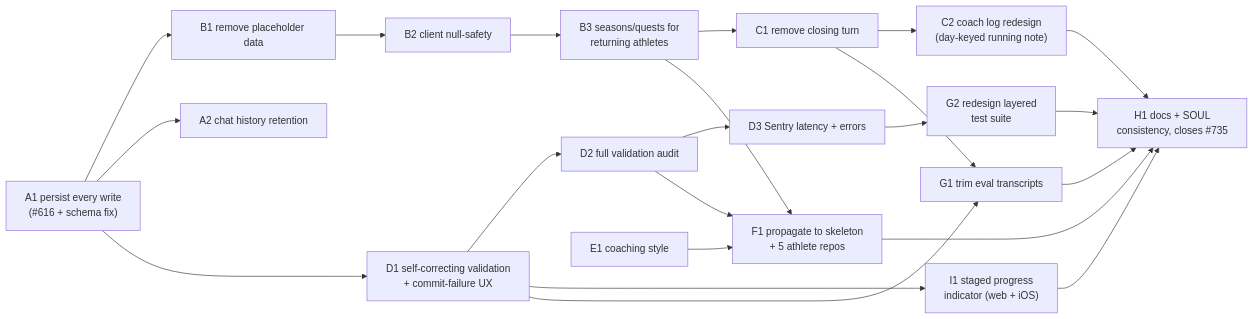
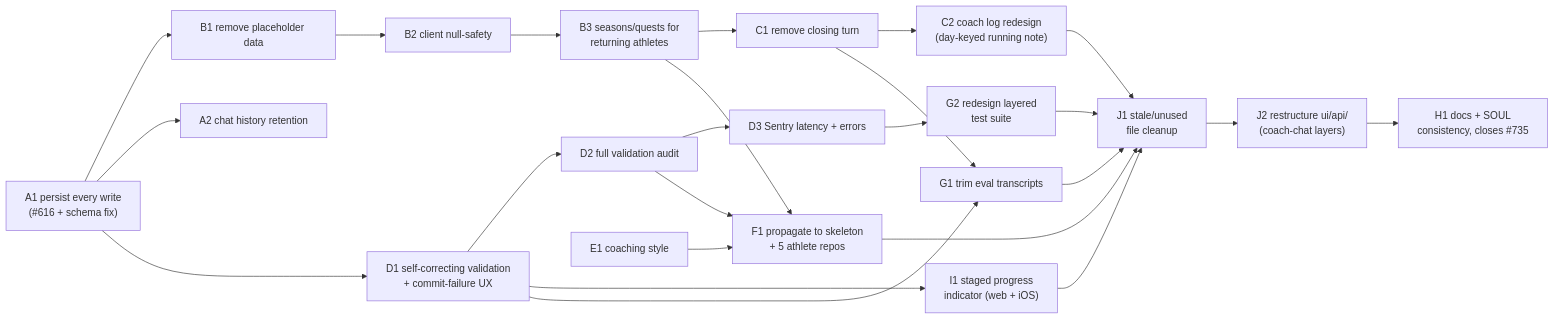
Before and after one commit to sibling-shipyard/coach-hq: the diagram in docs/plans/chat-commit-redesign.md, drawn with Mermaid. The commit also changed other lines of this file and 3 other files, not shown here.

````diff
--- a/docs/plans/chat-commit-redesign.md
+++ b/docs/plans/chat-commit-redesign.md
@@ -36,24 +36,26 @@
 ```mermaid
 flowchart LR
   A1["A1 persist every write\n(#616 + schema fix)"] --> B1["B1 remove placeholder data"]
   A1 --> A2["A2 chat history retention"]
   B1 --> B2["B2 client null-safety"]
   B2 --> B3["B3 seasons/quests for\nreturning athletes"]
   B3 --> C1["C1 remove closing turn"]
   C1 --> C2["C2 coach log redesign\n(day-keyed running note)"]
   A1 --> D1["D1 self-correcting validation\n+ commit-failure UX"]
   D1 --> D2["D2 full validation audit"]
   D2 --> D3["D3 Sentry latency + errors"]
   D1 --> I1["I1 staged progress\nindicator (web + iOS)"]
   E1["E1 coaching style"] --> F1
   B3 --> F1["F1 propagate to skeleton\n+ 5 athlete repos"]
   D2 --> F1
   C1 --> G1["G1 trim eval transcripts"]
   D1 --> G1
   D3 --> G2["G2 redesign layered\ntest suite"]
-  C2 --> H1["H1 docs + SOUL\nconsistency, closes #735"]
-  I1 --> H1
-  F1 --> H1
-  G1 --> H1
-  G2 --> H1
+  C2 --> J1["J1 stale/unused\nfile cleanup"]
+  I1 --> J1
+  F1 --> J1
+  G1 --> J1
+  G2 --> J1
+  J1 --> J2["J2 restructure ui/api/\n(coach-chat layers)"]
+  J2 --> H1["H1 docs + SOUL\nconsistency, closes #735"]
 ```
````
